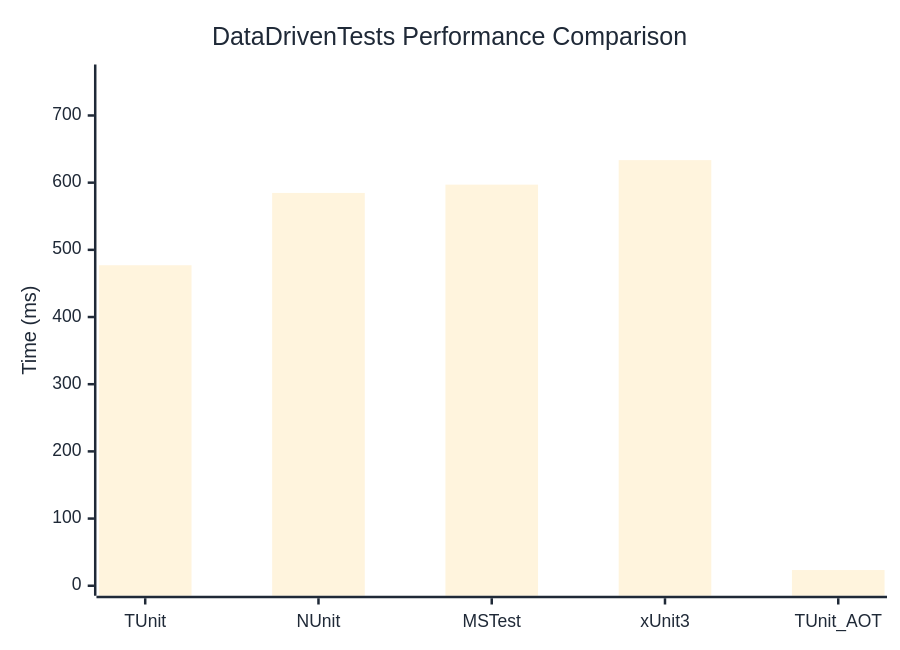
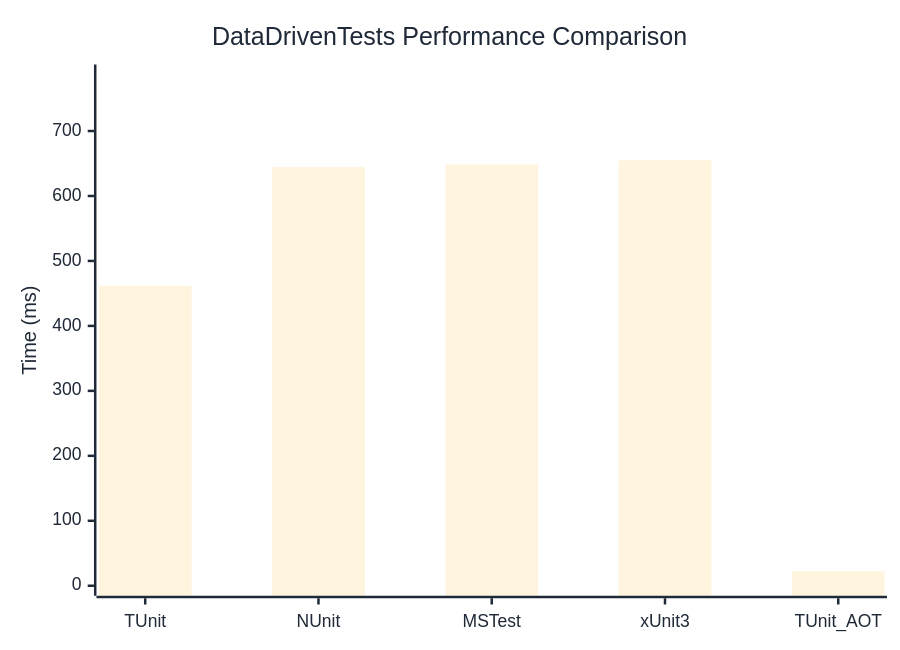
The diagram in docs/docs/benchmarks/DataDrivenTests.md (thomhurst/TUnit), drawn with Mermaid before and after one commit. The commit also changed other lines of this file and 17 other files, not shown here.

````diff
--- a/docs/docs/benchmarks/DataDrivenTests.md
+++ b/docs/docs/benchmarks/DataDrivenTests.md
@@ -27,37 +27,37 @@
 ```mermaid
 %%{init: {
   'theme':'base',
   'themeVariables': {
     'primaryColor': '#2563eb',
     'primaryTextColor': '#1f2937',
     'primaryBorderColor': '#1e40af',
     'lineColor': '#6b7280',
     'secondaryColor': '#7c3aed',
     'tertiaryColor': '#dc2626',
     'background': '#ffffff',
     'mainBkg': '#2563eb',
     'secondBkg': '#7c3aed',
     'tertiaryBkg': '#dc2626',
     'clusterBkg': '#f3f4f6',
     'edgeLabelBackground': '#ffffff',
     'tertiaryTextColor': '#1f2937',
     'pie1': '#2563eb',
     'pie2': '#7c3aed',
     'pie3': '#dc2626',
     'pie4': '#f59e0b',
     'pie5': '#10b981',
     'pie6': '#06b6d4',
     'pie7': '#ec4899',
     'pie8': '#6366f1',
     'pie9': '#84cc16',
     'pie10': '#f97316',
     'pie11': '#14b8a6',
     'pie12': '#a855f7'
   }
 }}%%
 xychart-beta
   title "DataDrivenTests Performance Comparison"
   x-axis ["TUnit", "NUnit", "MSTest", "xUnit3", "TUnit_AOT"]
-  y-axis "Time (ms)" 0 --> 761
-  bar [477.09, 584.72, 597.04, 633.55, 23.38]
+  y-axis "Time (ms)" 0 --> 787
+  bar [461.75, 644.4, 648.48, 655.12, 22.13]
 ```
````
